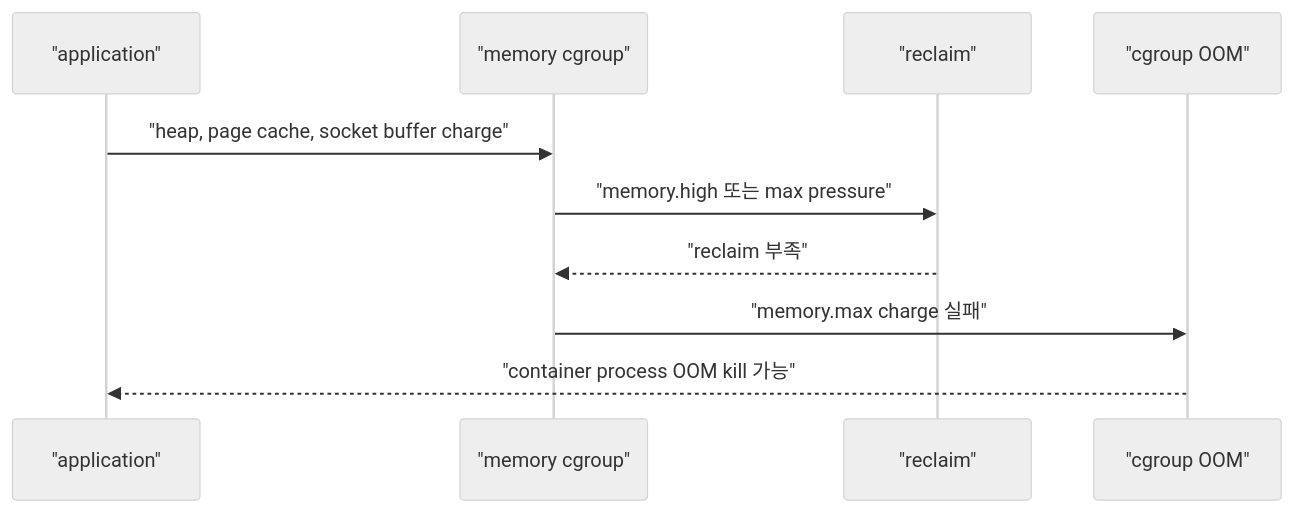
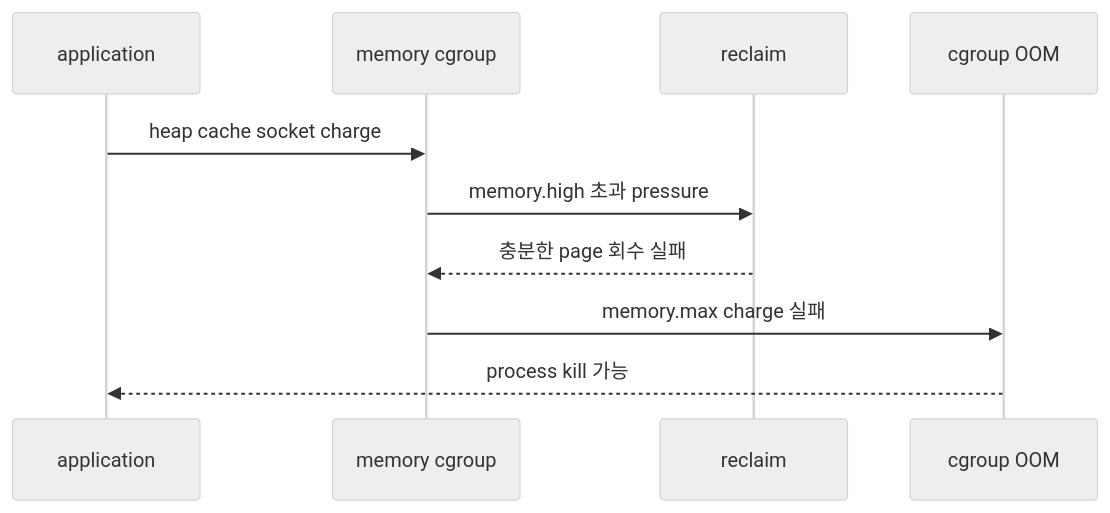
The second of 2 diagrams in learning/ubuntu-linux-internals/13-containers-kubernetes-gpu-and-ran.md (mj006648/netai-devsecops-runbook), drawn with Mermaid (neutral theme) before and after one commit. The commit also changed other lines of this file and 68 other files, not shown here.

````diff
--- a/learning/ubuntu-linux-internals/13-containers-kubernetes-gpu-and-ran.md
+++ b/learning/ubuntu-linux-internals/13-containers-kubernetes-gpu-and-ran.md
@@ -84,12 +72,12 @@
-```mermaid
+~~~mermaid
 sequenceDiagram
-    participant A as "application"
-    participant M as "memory cgroup"
-    participant R as "reclaim"
-    participant O as "cgroup OOM"
-    A->>M: "heap, page cache, socket buffer charge"
-    M->>R: "memory.high 또는 max pressure"
-    R-->>M: "reclaim 부족"
-    M->>O: "memory.max charge 실패"
-    O-->>A: "container process OOM kill 가능"
-```
+ participant A as application
+ participant M as memory cgroup
+ participant R as reclaim
+ participant O as cgroup OOM
+ A->>M: heap cache socket charge
+ M->>R: memory.high 초과 pressure
+ R-->>M: 충분한 page 회수 실패
+ M->>O: memory.max charge 실패
+ O-->>A: process kill 가능
+~~~
````
